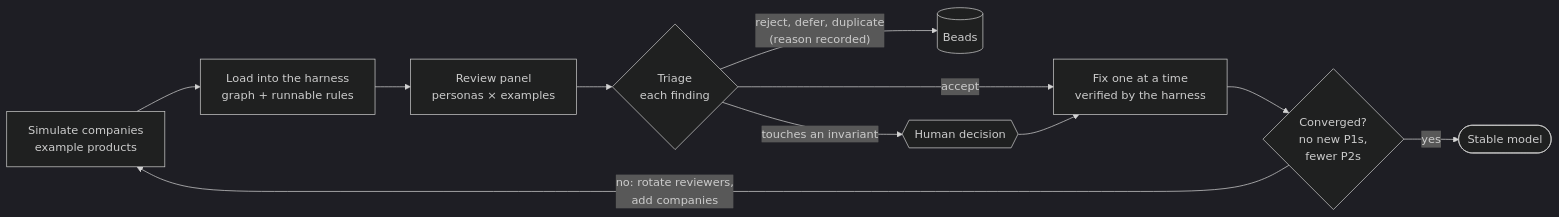
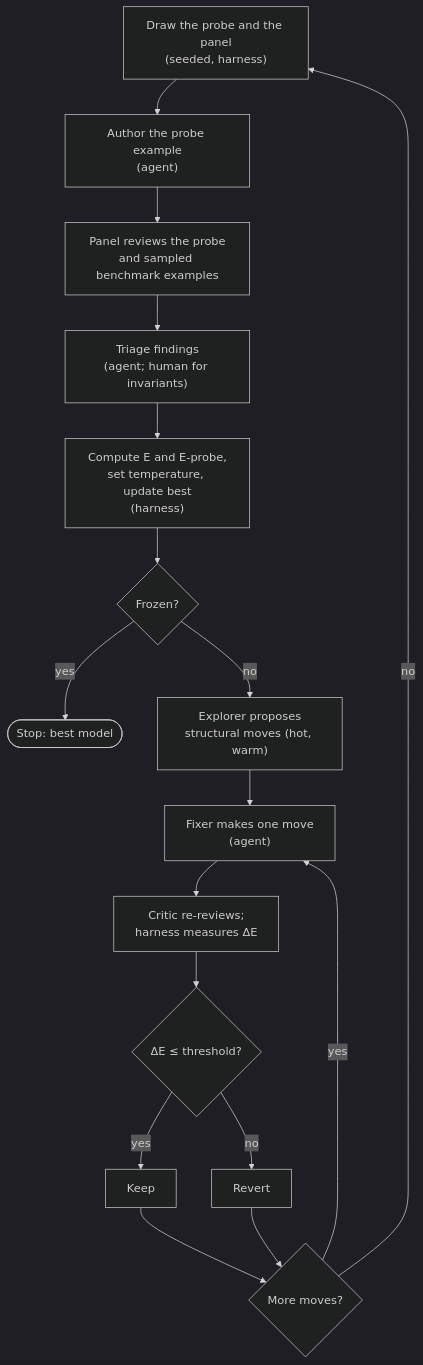
Before and after one commit to colchuck-ai/intent-spec: the diagram in README.md, drawn with Mermaid (dark theme). The commit also changed other lines of this file and 2 other files, not shown here.

Commit message:
Redesign the review loop as simulated annealing: README process, loop.md rewrite, awesome-selfhosted-data probe snapshot

````diff
--- a/README.md
+++ b/README.md
@@ -27,13 +65,19 @@
 ```mermaid
-flowchart LR
-  sim["Simulate companies<br/>example products"] --> load["Load into the harness<br/>graph + runnable rules"]
-  load --> review["Review panel<br/>personas × examples"]
-  review --> triage{"Triage<br/>each finding"}
-  triage -- "reject, defer, duplicate<br/>(reason recorded)" --> log[("Beads")]
-  triage -- "accept" --> fix["Fix one at a time<br/>verified by the harness"]
-  triage -- "touches an invariant" --> human{{"Human decision"}}
-  human --> fix
-  fix --> done{"Converged?<br/>no new P1s,<br/>fewer P2s"}
-  done -- "no: rotate reviewers,<br/>add companies" --> sim
-  done -- "yes" --> stable(["Stable model"])
+flowchart TD
+  draw["Draw the probe and the panel<br/>(seeded, harness)"] --> author["Author the probe example<br/>(agent)"]
+  author --> review["Panel reviews the probe<br/>and sampled benchmark examples"]
+  review --> triage["Triage findings<br/>(agent; human for invariants)"]
+  triage --> energy["Compute E and E-probe,<br/>set temperature, update best<br/>(harness)"]
+  energy --> frozen{"Frozen?"}
+  frozen -- "yes" --> stop(["Stop: best model"])
+  frozen -- "no" --> explore["Explorer proposes<br/>structural moves (hot, warm)"]
+  explore --> move["Fixer makes one move<br/>(agent)"]
+  move --> critic["Critic re-reviews;<br/>harness measures ΔE"]
+  critic --> accept{"ΔE ≤ threshold?"}
+  accept -- "yes" --> keep["Keep"]
+  accept -- "no" --> revert["Revert"]
+  keep --> more{"More moves?"}
+  revert --> more
+  more -- "yes" --> move
+  more -- "no" --> draw
 ```
````
